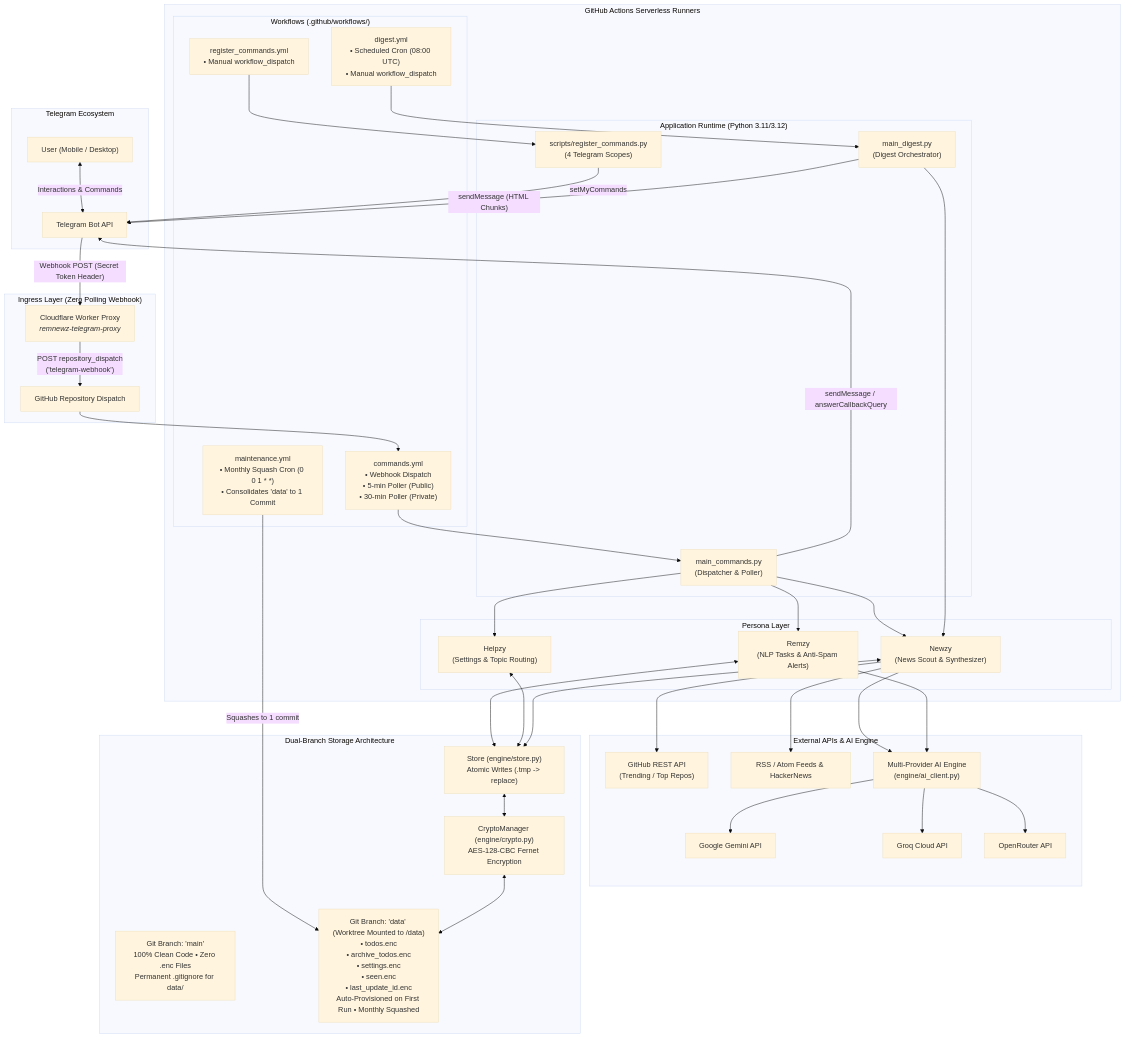
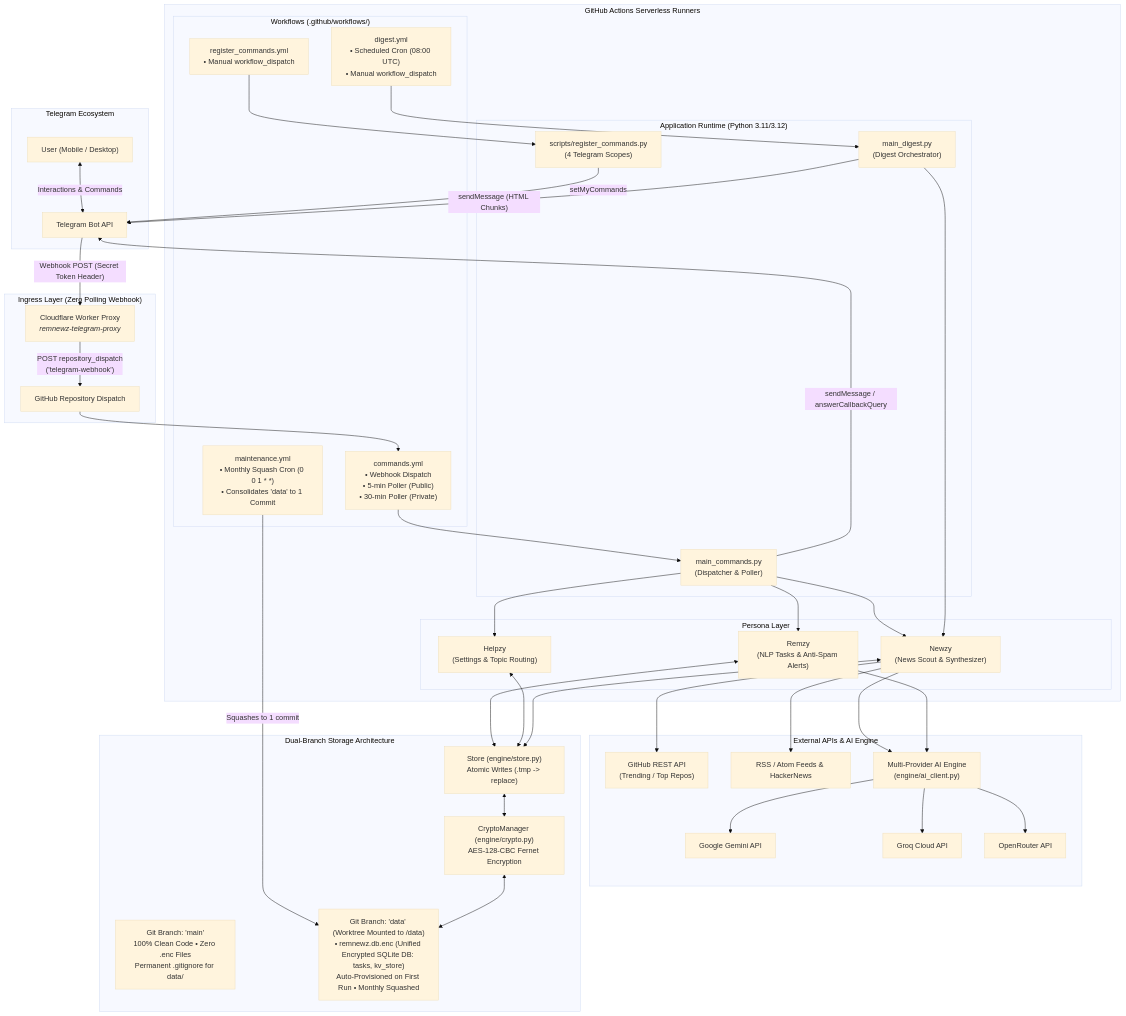
One commit to joydeepd900/RemNewz changed the first of 7 diagrams in Project Docs/structures.md. Above: the diagram before and after it, drawn with Mermaid (base theme). The commit also changed other lines of this file and 4 other files, not shown here.

```diff
--- a/Project Docs/structures.md
+++ b/Project Docs/structures.md
@@ -76,7 +76,7 @@
         STORE["Store (engine/store.py)<br/>Atomic Writes (.tmp -> replace)"]
         
         BRANCH_MAIN["Git Branch: 'main'<br/>100% Clean Code • Zero .enc Files<br/>Permanent .gitignore for data/"]
-        BRANCH_DATA["Git Branch: 'data' (Worktree Mounted to /data)<br/>• todos.enc<br/>• archive_todos.enc<br/>• settings.enc<br/>• seen.enc<br/>• last_update_id.enc<br/>Auto-Provisioned on First Run • Monthly Squashed"]
+        BRANCH_DATA["Git Branch: 'data' (Worktree Mounted to /data)<br/>• remnewz.db.enc (Unified Encrypted SQLite DB: tasks, kv_store)<br/>Auto-Provisioned on First Run • Monthly Squashed"]
         
         WF_MAINT -->|"Squashes to 1 commit"| BRANCH_DATA
         REMZY <--> STORE
```
